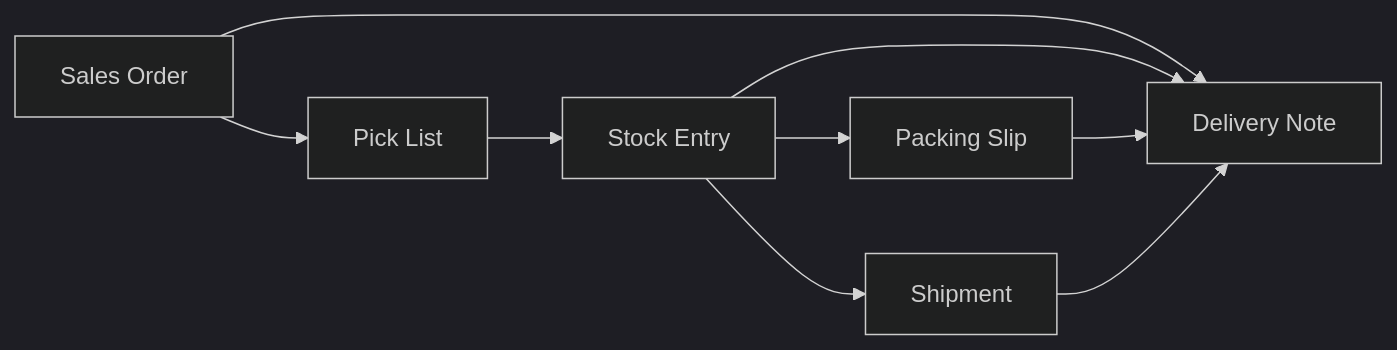
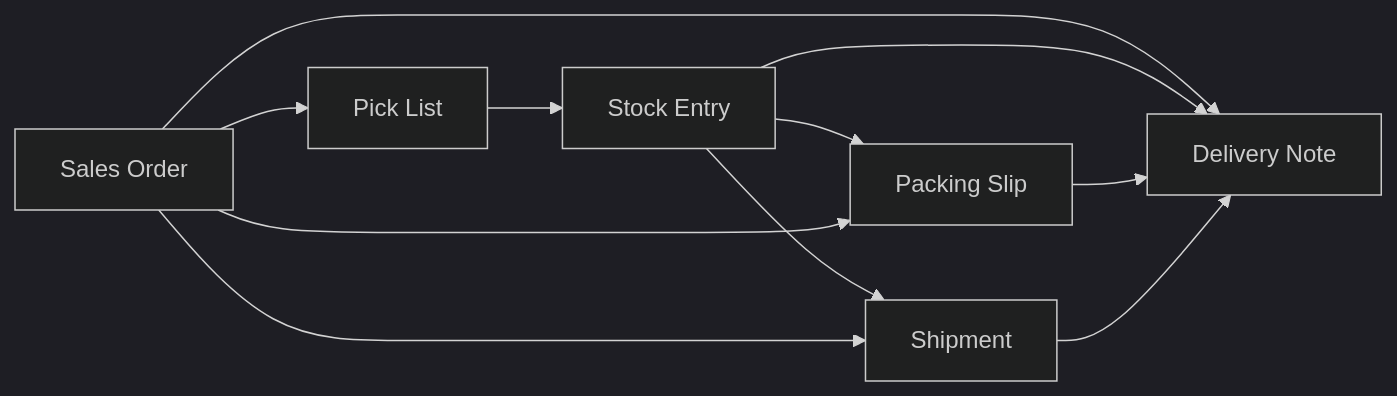
One commit to agritheory/inventory_tools changed the diagram in inventory_tools/docs/alternative_sales_workflow.md. Above: the diagram before and after it, drawn with Mermaid (dark theme). The commit also changed other lines of this file, not shown here.

Commit message:
docs: update diagram

````diff
--- a/inventory_tools/docs/alternative_sales_workflow.md
+++ b/inventory_tools/docs/alternative_sales_workflow.md
@@ -20,17 +20,19 @@
 ```mermaid
 flowchart LR
   SO[Sales Order]
   DN[Delivery Note]
   PL[Pick List]
   SE[Stock Entry]
   PS[Packing Slip]
   SH[Shipment]
   SO --> DN
   SO --> PL
   PL --> SE
   SE --> DN
   SE --> PS
   SE --> SH
   PS --> DN
   SH --> DN
+  SO --> PS
+  SO --> SH
 ```
````
